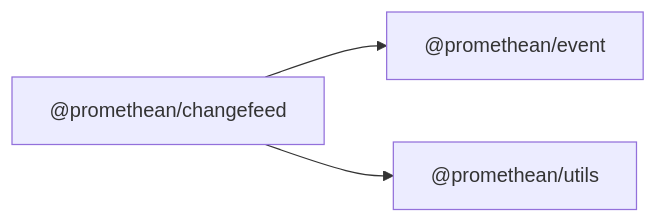
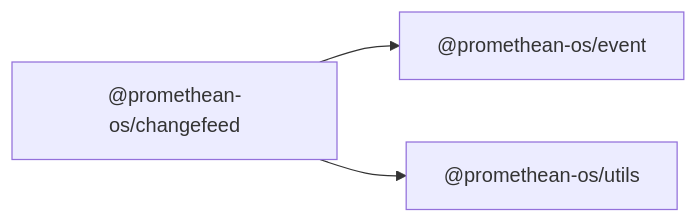
The diagram in docs/packages/changefeed/README.md (octave-commons/promethean), drawn with Mermaid before and after one commit. The commit also changed other lines of this file and 1753 other files, not shown here.

````diff
--- a/docs/packages/changefeed/README.md
+++ b/docs/packages/changefeed/README.md
@@ -14,10 +14,10 @@
 ```mermaid
 graph LR
-  A["@promethean/changefeed"]
-  D1["@promethean/event"]
-  D2["@promethean/utils"]
-  A --> D1["@promethean/event"]
-  A --> D2["@promethean/utils"]
-  click D1 "../event/README.md" "@promethean/event"
-  click D2 "../utils/README.md" "@promethean/utils"
+  A["@promethean-os/changefeed"]
+  D1["@promethean-os/event"]
+  D2["@promethean-os/utils"]
+  A --> D1["@promethean-os/event"]
+  A --> D2["@promethean-os/utils"]
+  click D1 "../event/README.md" "@promethean-os/event"
+  click D2 "../utils/README.md" "@promethean-os/utils"
 ```
````
